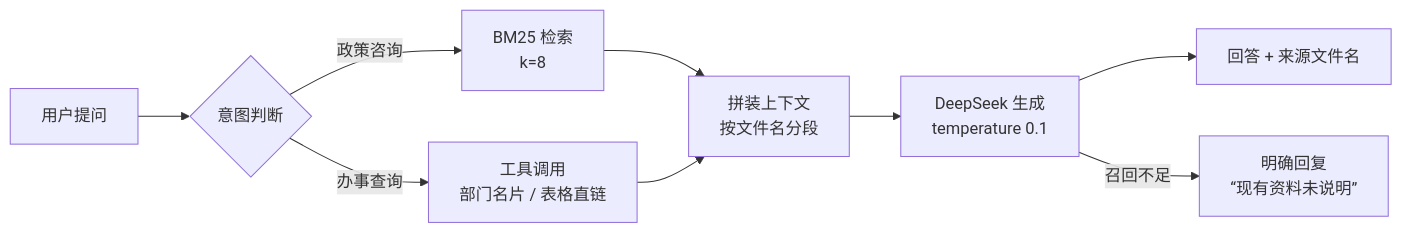
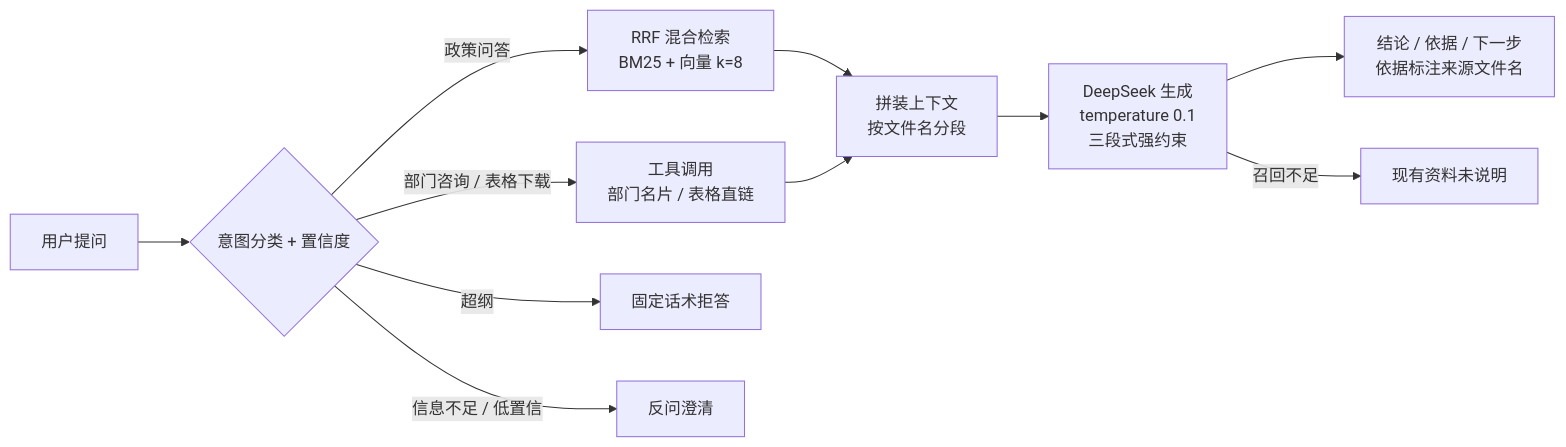
The diagram in README.md (jaunatis07/sysu-rag-agent), drawn with Mermaid before and after one commit. The commit also changed other lines of this file and 3 other files, not shown here.

Commit message:
补全意图路由与工具调用执行回路，评测对齐当前代码严格口径90.8%

````diff
--- a/README.md
+++ b/README.md
@@ -28,11 +28,13 @@
 ```mermaid
 flowchart LR
-    Q[用户提问] --> R{意图判断}
-    R -->|政策咨询| B[BM25 检索<br/>k=8]
-    R -->|办事查询| T[工具调用<br/>部门名片 / 表格直链]
+    Q[用户提问] --> I{意图分类 + 置信度}
+    I -->|政策问答| B[RRF 混合检索<br/>BM25 + 向量 k=8]
+    I -->|部门咨询 / 表格下载| T[工具调用<br/>部门名片 / 表格直链]
+    I -->|超纲| R1[固定话术拒答]
+    I -->|信息不足 / 低置信| R2[反问澄清]
     B --> C[拼装上下文<br/>按文件名分段]
     T --> C
-    C --> G[DeepSeek 生成<br/>temperature 0.1]
-    G --> A[回答 + 来源文件名]
-    G -->|召回不足| N[明确回复<br/>“现有资料未说明”]
+    C --> G[DeepSeek 生成<br/>temperature 0.1<br/>三段式强约束]
+    G --> A[结论 / 依据 / 下一步<br/>依据标注来源文件名]
+    G -->|召回不足| N[现有资料未说明]
 ```
````
